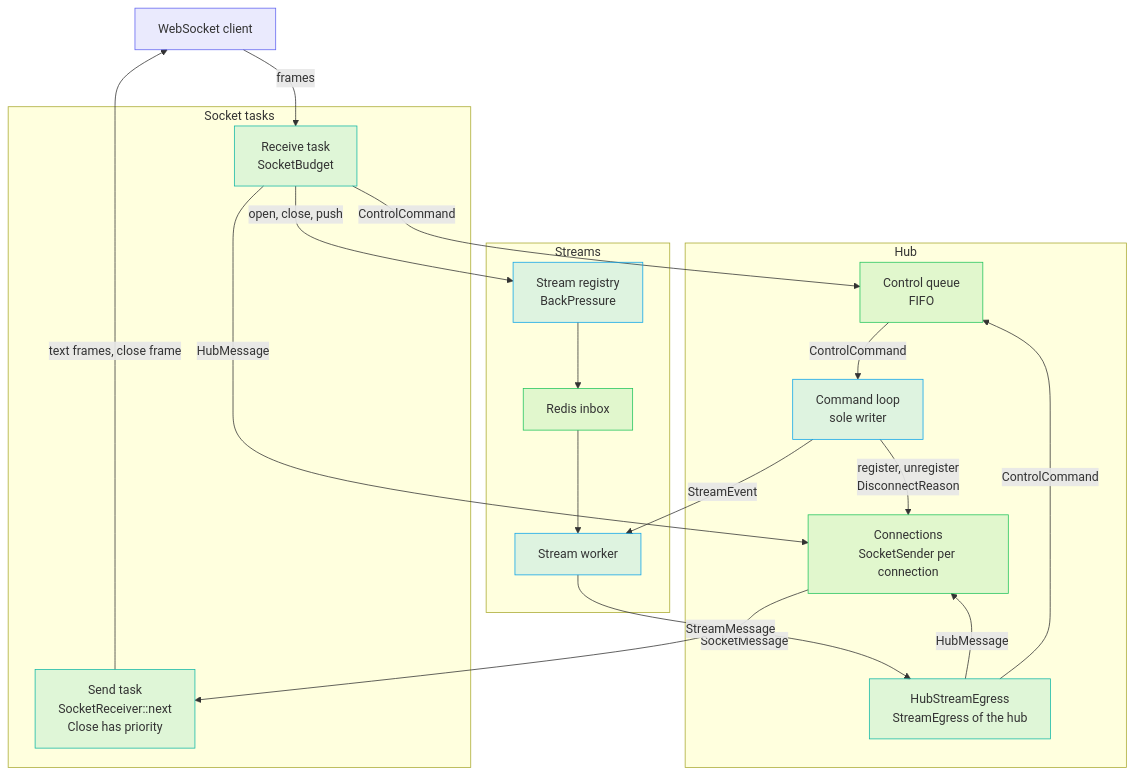
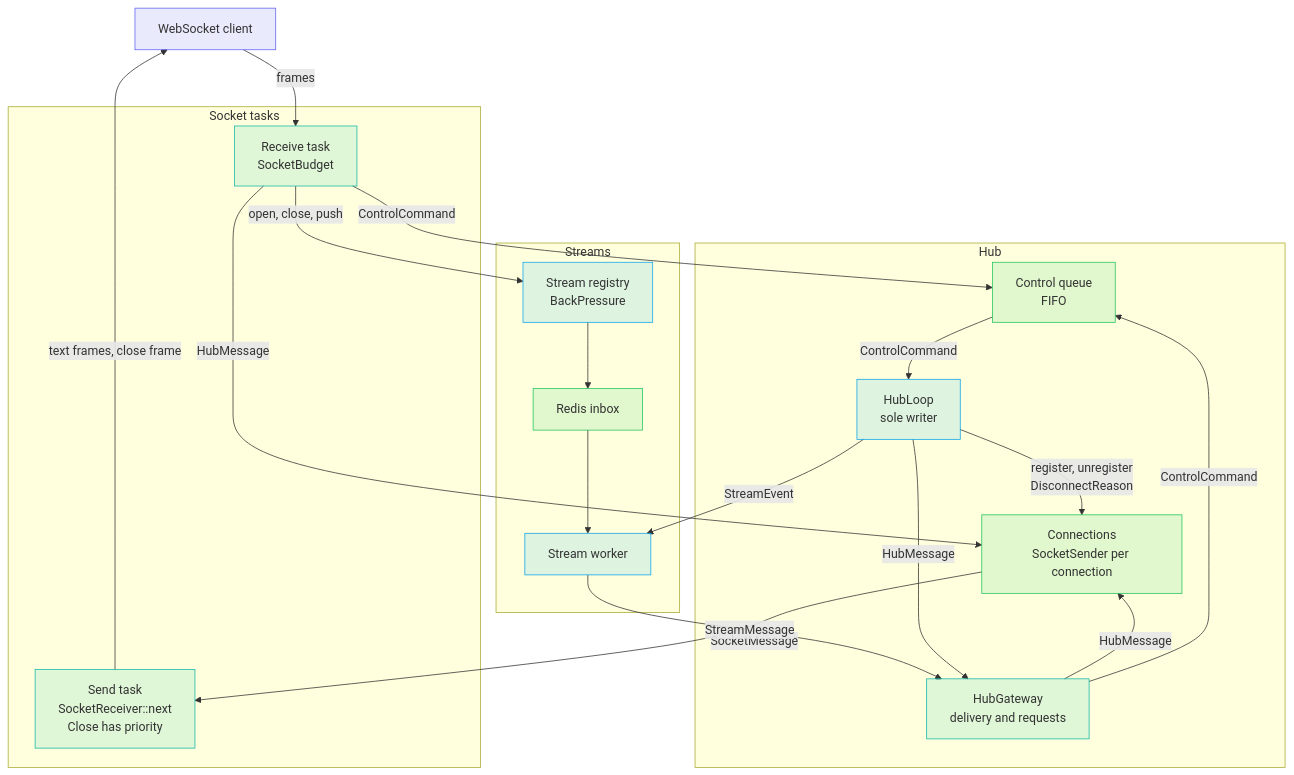
The first of 7 diagrams in docs/services/builder/hub.md (gzp79/shine-services), drawn with Mermaid before and after one commit. The commit also changed other lines of this file and 31 other files, not shown here.

Commit message:
HubGateway and cleaner code

````diff
--- a/docs/services/builder/hub.md
+++ b/docs/services/builder/hub.md
@@ -19,43 +19,44 @@
 ```mermaid
 flowchart TB
     classDef indigo fill:#6366f122,stroke:#6366f1
     classDef teal fill:#14b8a622,stroke:#14b8a6
     classDef blue fill:#0ea5e922,stroke:#0ea5e9
     classDef green fill:#22c55e22,stroke:#22c55e
     classDef orange fill:#fb923c22,stroke:#fb923c
 
     C["WebSocket client"]:::indigo
 
     subgraph Socket["Socket tasks"]
         R["Receive task<br/>SocketBudget"]:::teal
         S["Send task<br/>SocketReceiver::next<br/>Close has priority"]:::teal
     end
 
     subgraph Hub["Hub"]
         CQ["Control queue<br/>FIFO"]:::green
-        L["Command loop<br/>sole writer"]:::blue
+        L["HubLoop<br/>sole writer"]:::blue
         CN["Connections<br/>SocketSender per connection"]:::green
-        SE["HubStreamEgress<br/>StreamEgress of the hub"]:::teal
+        SE["HubGateway<br/>delivery and requests"]:::teal
     end
 
     subgraph Streams["Streams"]
         REG["Stream registry<br/>BackPressure"]:::blue
         IB["Redis inbox"]:::green
         W["Stream worker"]:::blue
     end
     
     C -- "frames" --> R
     CN -- "SocketMessage" --> S
     R -- "ControlCommand" --> CQ
     R -- "open, close, push" --> REG
     CQ -- "ControlCommand" --> L
     R -- "HubMessage" --> CN
     L -- "register, unregister<br/>DisconnectReason" --> CN
     L -- "StreamEvent" --> W
     REG --> IB --> W
     W -- "StreamMessage" --> SE
     SE -- "HubMessage" --> CN
+    L -- "HubMessage" --> SE
     CN ~~~ SE
     SE -- "ControlCommand" --> CQ    
     S -- "text frames, close frame" --> C
 ```
````
